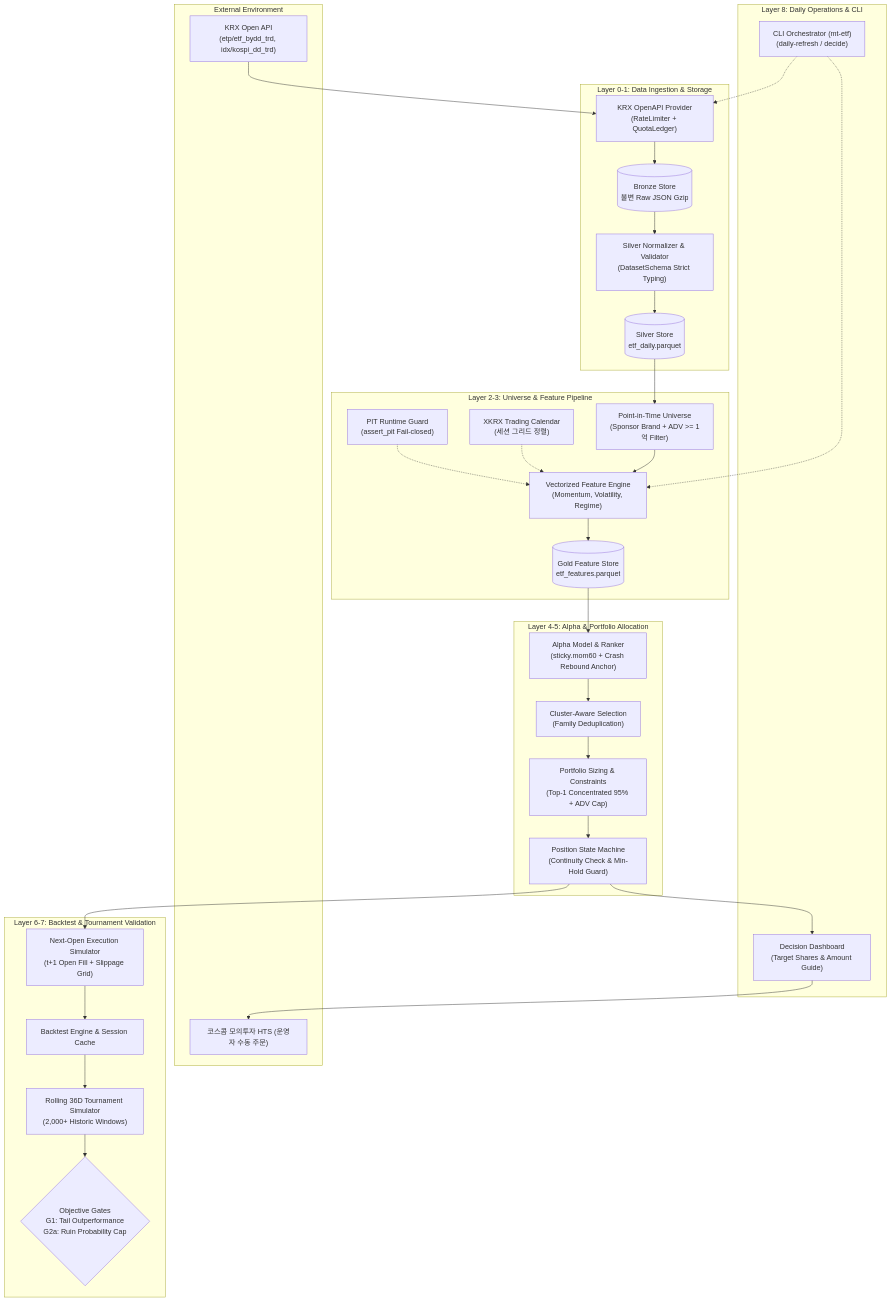
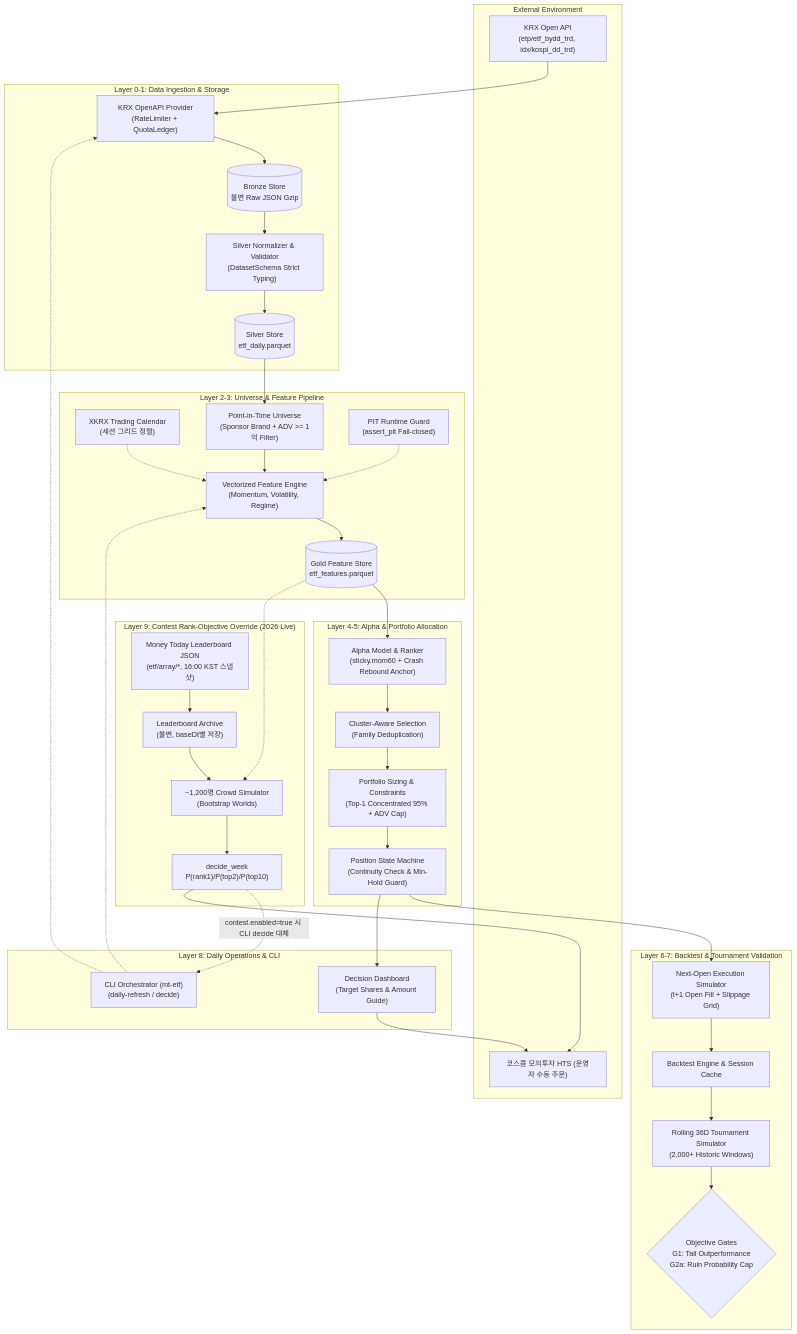
One commit to KTHYEONG/mt-etf-king-2026 changed the first of 2 diagrams in docs/architecture/overview.md. Above: the diagram before and after it, drawn with Mermaid. The commit also changed other lines of this file and 5 other files, not shown here.

````diff
--- a/docs/architecture/overview.md
+++ b/docs/architecture/overview.md
@@ -45,58 +49,70 @@
 ```mermaid
 flowchart TD
     subgraph S_EXT ["External Environment"]
         KRX["KRX Open API\n(etp/etf_bydd_trd, idx/kospi_dd_trd)"]
         HTS["코스콤 모의투자 HTS (운영자 수동 주문)"]
     end
 
     subgraph S_DATA ["Layer 0-1: Data Ingestion & Storage"]
         Provider["KRX OpenAPI Provider\n(RateLimiter + QuotaLedger)"]
         Bronze[("Bronze Store\n불변 Raw JSON Gzip")]
         Normalizer["Silver Normalizer & Validator\n(DatasetSchema Strict Typing)"]
         Silver[("Silver Store\netf_daily.parquet")]
 
         Provider --> Bronze --> Normalizer --> Silver
     end
 
     subgraph S_FEAT ["Layer 2-3: Universe & Feature Pipeline"]
         Calendar["XKRX Trading Calendar\n(세션 그리드 정렬)"]
         Universe["Point-in-Time Universe\n(Sponsor Brand + ADV >= 1억 Filter)"]
         PITGuard["PIT Runtime Guard\n(assert_pit Fail-closed)"]
         FeatureEng["Vectorized Feature Engine\n(Momentum, Volatility, Regime)"]
         Gold[("Gold Feature Store\netf_features.parquet")]
 
         Silver --> Universe --> FeatureEng
         Calendar -.-> FeatureEng
         PITGuard -.-> FeatureEng
         FeatureEng --> Gold
     end
 
     subgraph S_ALPHA ["Layer 4-5: Alpha & Portfolio Allocation"]
         Alpha["Alpha Model & Ranker\n(sticky.mom60 + Crash Rebound Anchor)"]
         Selection["Cluster-Aware Selection\n(Family Deduplication)"]
         Sizing["Portfolio Sizing & Constraints\n(Top-1 Concentrated 95% + ADV Cap)"]
         State["Position State Machine\n(Continuity Check & Min-Hold Guard)"]
 
         Gold --> Alpha --> Selection --> Sizing --> State
     end
 
     subgraph S_EVAL ["Layer 6-7: Backtest & Tournament Validation"]
         Execution["Next-Open Execution Simulator\n(t+1 Open Fill + Slippage Grid)"]
         Engine["Backtest Engine & Session Cache"]
         Simulator["Rolling 36D Tournament Simulator\n(2,000+ Historic Windows)"]
         Gates{"Objective Gates\nG1: Tail Outperformance\nG2a: Ruin Probability Cap"}
 
         State --> Execution --> Engine --> Simulator --> Gates
     end
 
     subgraph S_OPS ["Layer 8: Daily Operations & CLI"]
         CLI["CLI Orchestrator (mt-etf)\n(daily-refresh / decide)"]
         Dashboard["Decision Dashboard\n(Target Shares & Amount Guide)"]
 
         CLI -.-> Provider
         CLI -.-> FeatureEng
         State --> Dashboard --> HTS
     end
 
+    subgraph S_CONTEST ["Layer 9: Contest Rank-Objective Override (2026 Live)"]
+        MT["Money Today Leaderboard JSON\n(etf/array/*, 16:00 KST 스냅샷)"]
+        Archive["Leaderboard Archive\n(불변, baseDt별 저장)"]
+        CrowdSim["~1,200명 Crowd Simulator\n(Bootstrap Worlds)"]
+        WeeklyDec["decide_week\nP(rank1)/P(top2)/P(top10)"]
+
+        MT --> Archive --> CrowdSim --> WeeklyDec
+        Gold -.-> CrowdSim
+        WeeklyDec -.->|"contest.enabled=true 시 CLI decide 대체"| CLI
+        WeeklyDec --> HTS
+    end
+
     KRX --> Provider
 ```
````
